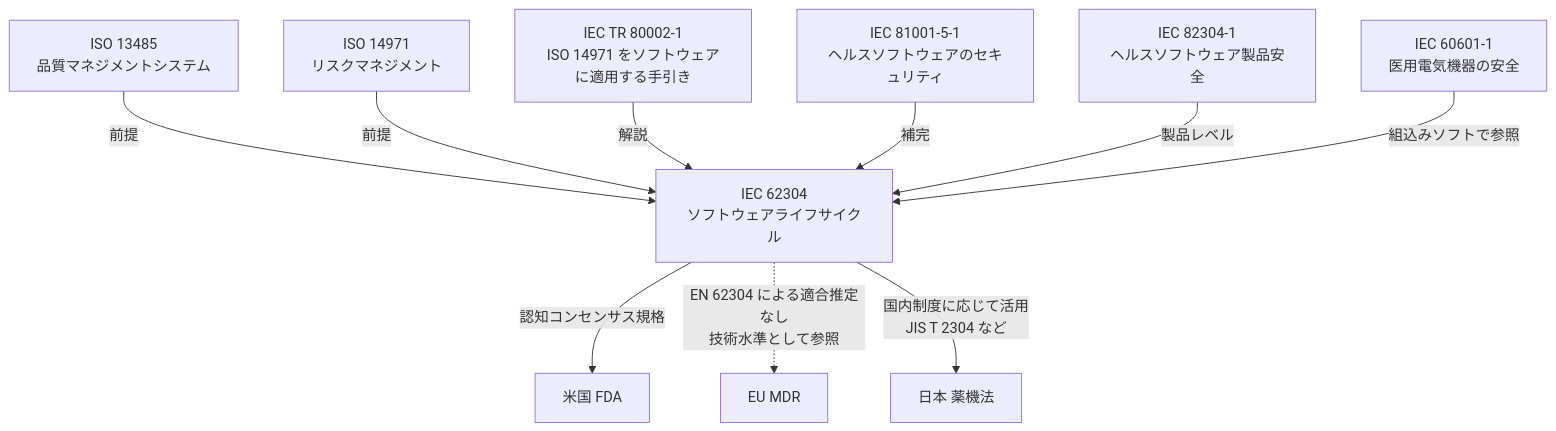
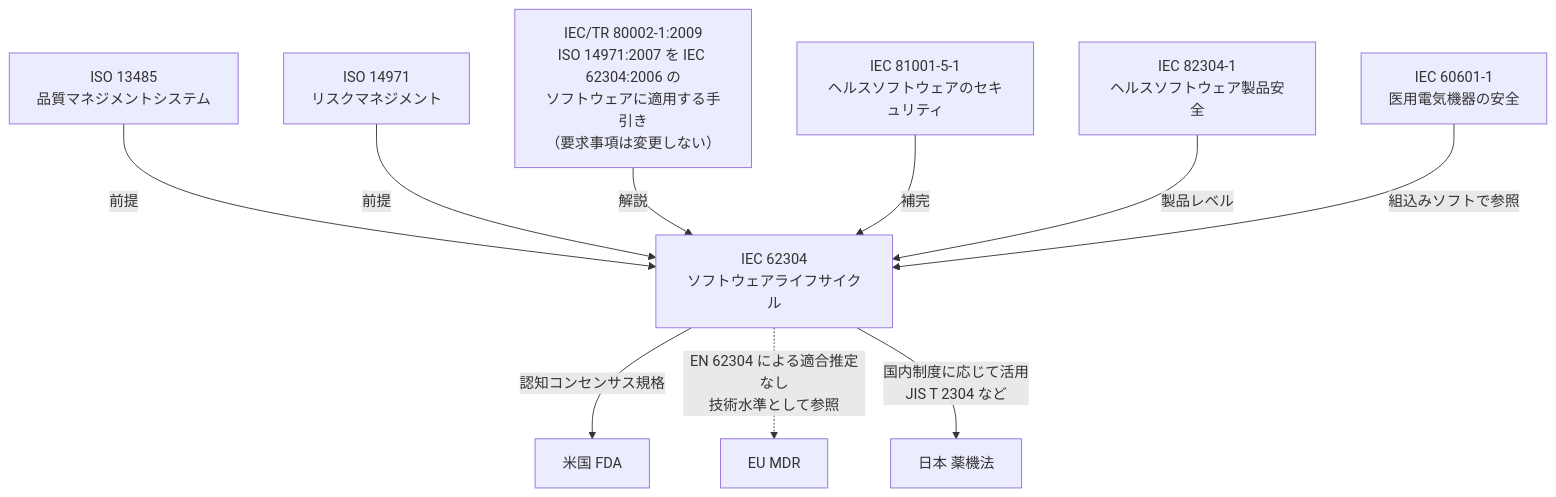
Before and after one commit to myoshi2891/Quality-Assurance-Studies: the second of 18 diagrams in Iec-62304-beginner-guide.md, drawn with Mermaid. The commit also changed other lines of this file, not shown here.

Commit message:
docs(iec-62304): IEC/TR 80002-1:2009 の適用関係および規格改訂状況に関する注記を追記

````diff
--- a/Iec-62304-beginner-guide.md
+++ b/Iec-62304-beginner-guide.md
@@ -115,23 +115,23 @@
 ```mermaid
 flowchart TB
     QMS["ISO 13485<br>品質マネジメントシステム"]
     RM["ISO 14971<br>リスクマネジメント"]
     CORE["IEC 62304<br>ソフトウェアライフサイクル"]
-    G1["IEC TR 80002-1<br>ISO 14971 をソフトウェアに適用する手引き"]
+    G1["IEC/TR 80002-1:2009<br>ISO 14971:2007 を IEC 62304:2006 の<br>ソフトウェアに適用する手引き<br>（要求事項は変更しない）"]
     SEC["IEC 81001-5-1<br>ヘルスソフトウェアのセキュリティ"]
     HS["IEC 82304-1<br>ヘルスソフトウェア製品安全"]
     EQ["IEC 60601-1<br>医用電気機器の安全"]
     FDA["米国 FDA"]
     EU["EU MDR"]
     JP["日本 薬機法"]
 
     QMS -->|"前提"| CORE
     RM -->|"前提"| CORE
     G1 -->|"解説"| CORE
     SEC -->|"補完"| CORE
     HS -->|"製品レベル"| CORE
     EQ -->|"組込みソフトで参照"| CORE
     CORE -->|"認知コンセンサス規格"| FDA
     CORE -.->|"EN 62304 による適合推定なし<br>技術水準として参照"| EU
     CORE -->|"国内制度に応じて活用<br>JIS T 2304 など"| JP
 ```
````
